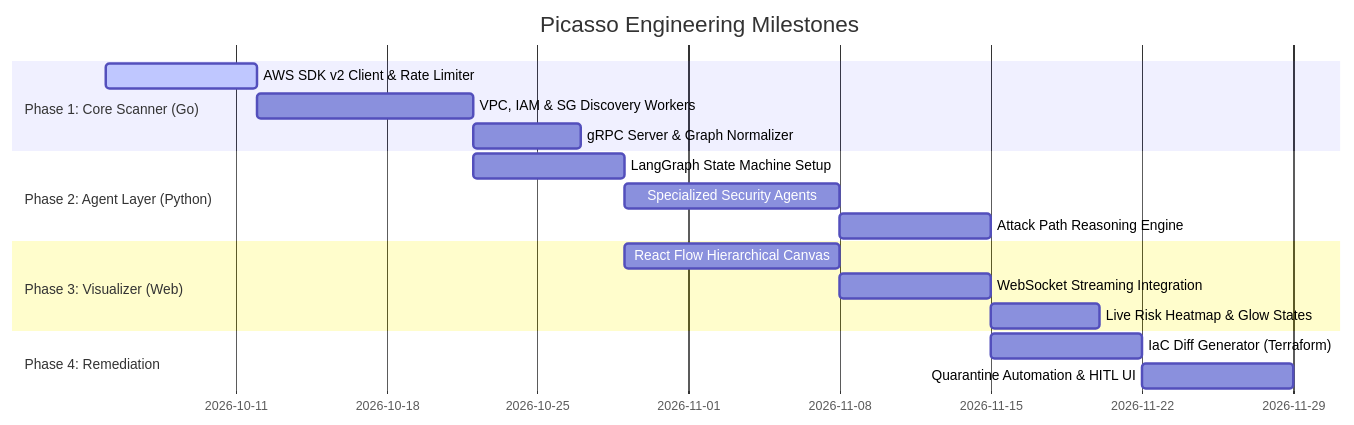
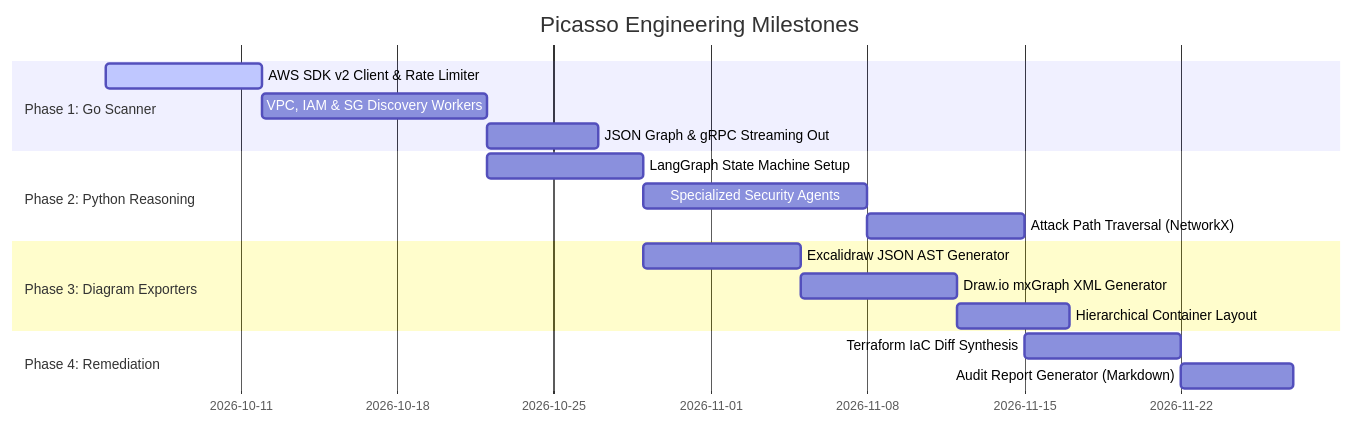
The diagram in docs/07_development_roadmap_and_tech_stack.md (yahavg10/picasso), drawn with Mermaid before and after one commit. The commit also changed other lines of this file and 4 other files, not shown here.

Commit message:
Pivot design to headless architecture generating .excalidraw and .drawio files directly

````diff
--- a/docs/07_development_roadmap_and_tech_stack.md
+++ b/docs/07_development_roadmap_and_tech_stack.md
@@ -72,23 +74,23 @@
 ```mermaid
 gantt
     title Picasso Engineering Milestones
     dateFormat  YYYY-MM-DD
-    section Phase 1: Core Scanner (Go)
+    section Phase 1: Go Scanner
     AWS SDK v2 Client & Rate Limiter :active, p1_1, 2026-10-05, 7d
     VPC, IAM & SG Discovery Workers  :p1_2, after p1_1, 10d
-    gRPC Server & Graph Normalizer   :p1_3, after p1_2, 5d
+    JSON Graph & gRPC Streaming Out  :p1_3, after p1_2, 5d
 
-    section Phase 2: Agent Layer (Python)
+    section Phase 2: Python Reasoning
     LangGraph State Machine Setup    :p2_1, after p1_2, 7d
     Specialized Security Agents      :p2_2, after p2_1, 10d
-    Attack Path Reasoning Engine     :p2_3, after p2_2, 7d
+    Attack Path Traversal (NetworkX) :p2_3, after p2_2, 7d
 
-    section Phase 3: Visualizer (Web)
-    React Flow Hierarchical Canvas   :p3_1, after p2_1, 10d
-    WebSocket Streaming Integration  :p3_2, after p3_1, 7d
-    Live Risk Heatmap & Glow States  :p3_3, after p3_2, 5d
+    section Phase 3: Diagram Exporters
+    Excalidraw JSON AST Generator    :p3_1, after p2_1, 7d
+    Draw.io mxGraph XML Generator    :p3_2, after p3_1, 7d
+    Hierarchical Container Layout    :p3_3, after p3_2, 5d
 
     section Phase 4: Remediation
-    IaC Diff Generator (Terraform)   :p4_1, after p2_3, 7d
-    Quarantine Automation & HITL UI  :p4_2, after p4_1, 7d
+    Terraform IaC Diff Synthesis     :p4_1, after p2_3, 7d
+    Audit Report Generator (Markdown):p4_2, after p4_1, 5d
 ```
````
